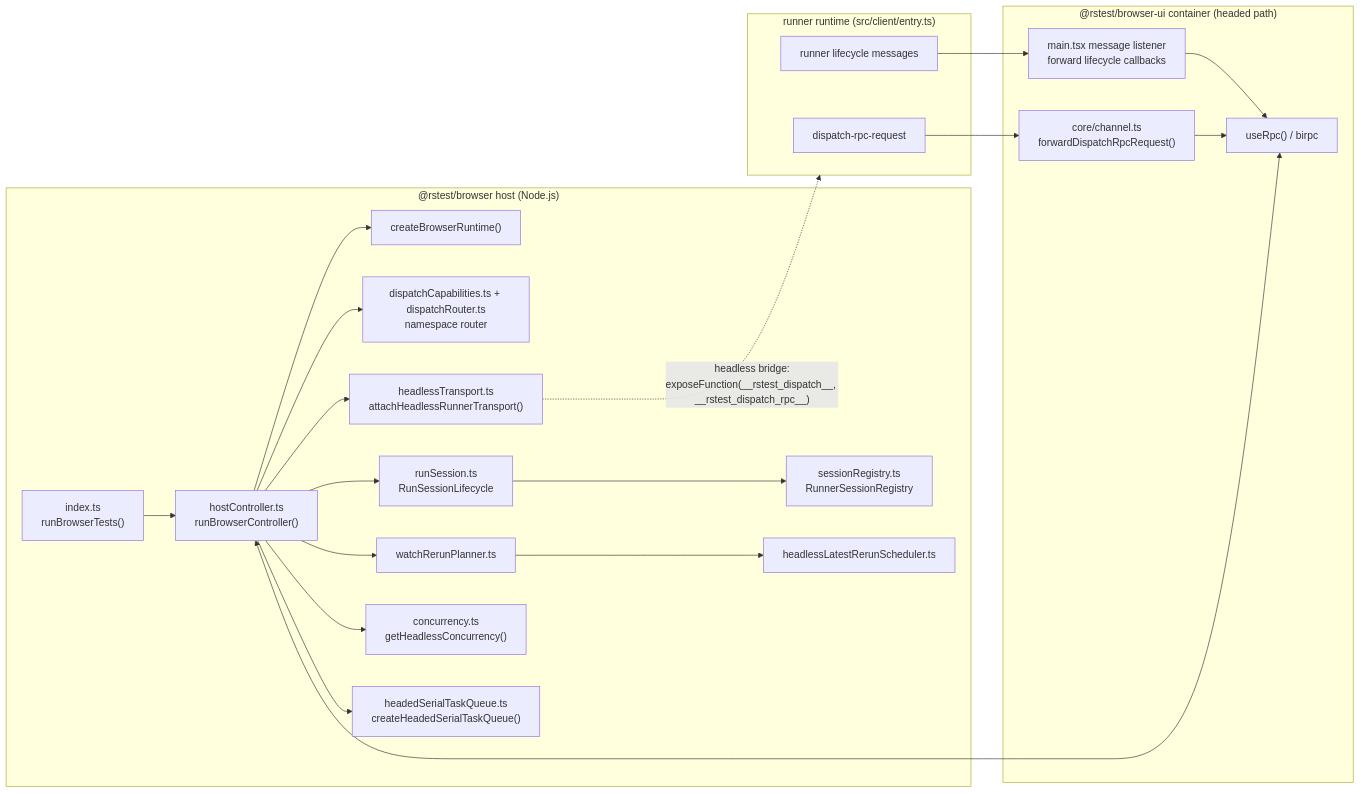
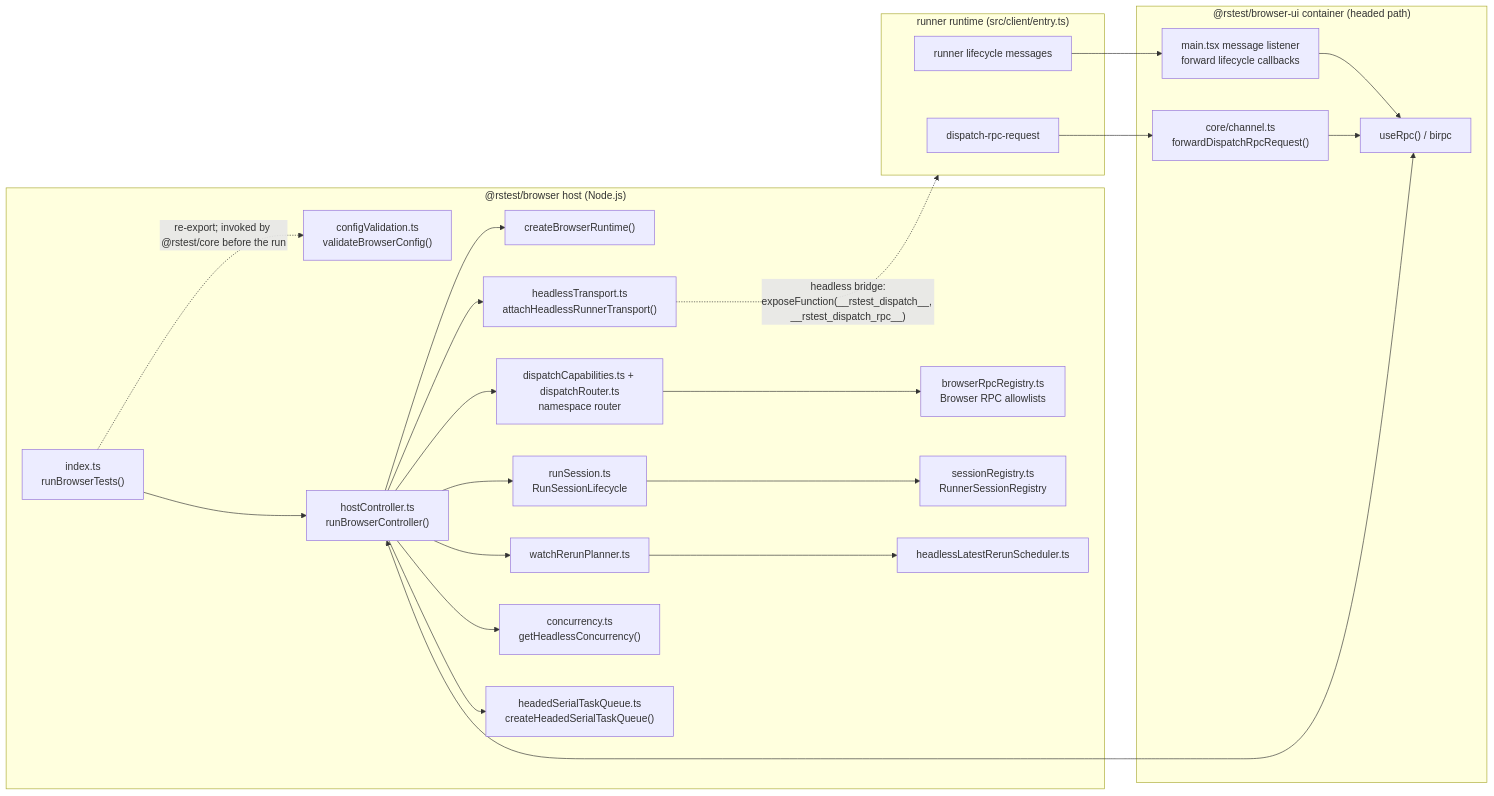
One commit to web-infra-dev/rstest changed the first of 5 diagrams in packages/browser/src/AGENTS.md. Above: the diagram before and after it, drawn with Mermaid. The commit also changed other lines of this file and 76 other files, not shown here.

First line of the commit message:
refactor: unify the browser and node run pipeline in core

````diff
--- a/packages/browser/src/AGENTS.md
+++ b/packages/browser/src/AGENTS.md
@@ -7,46 +18,50 @@
 ```mermaid
 flowchart LR
   subgraph Host["@rstest/browser host (Node.js)"]
     IDX["index.ts\nrunBrowserTests()"]
+    CV["configValidation.ts\nvalidateBrowserConfig()"]
     HC["hostController.ts\nrunBrowserController()"]
     RT["createBrowserRuntime()"]
     DR["dispatchCapabilities.ts + dispatchRouter.ts\nnamespace router"]
+    BRR["browserRpcRegistry.ts\nBrowser RPC allowlists"]
     RL["runSession.ts\nRunSessionLifecycle"]
     SR["sessionRegistry.ts\nRunnerSessionRegistry"]
     WP["watchRerunPlanner.ts"]
     LS["headlessLatestRerunScheduler.ts"]
     HT["headlessTransport.ts\nattachHeadlessRunnerTransport()"]
     CC["concurrency.ts\ngetHeadlessConcurrency()"]
     HQ["headedSerialTaskQueue.ts\ncreateHeadedSerialTaskQueue()"]
   end
 
   subgraph UI["@rstest/browser-ui container (headed path)"]
     UR["useRpc() / birpc"]
     CH["core/channel.ts\nforwardDispatchRpcRequest()"]
     MH["main.tsx message listener\nforward lifecycle callbacks"]
   end
 
   subgraph Runner["runner runtime (src/client/entry.ts)"]
     MSG["runner lifecycle messages"]
     RPC["dispatch-rpc-request"]
   end
 
+  IDX -."re-export; invoked by @rstest/core before the run".-> CV
   IDX --> HC
   HC --> RT
   HC --> DR
+  DR --> BRR
   HC --> WP
   WP --> LS
   HC --> RL
   RL --> SR
   HC --> CC
   HC --> HQ
   HC --> HT
 
   UR <--> HC
   MSG --> MH
   MH --> UR
   RPC --> CH
   CH --> UR
 
   HT -."headless bridge:\nexposeFunction(__rstest_dispatch__, __rstest_dispatch_rpc__)".-> Runner
 ```
````
